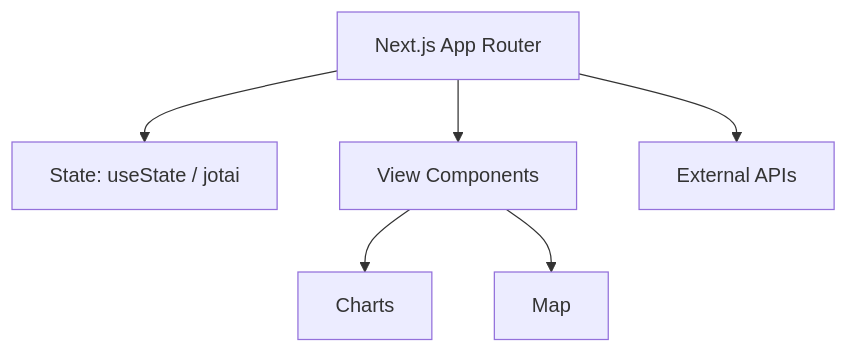
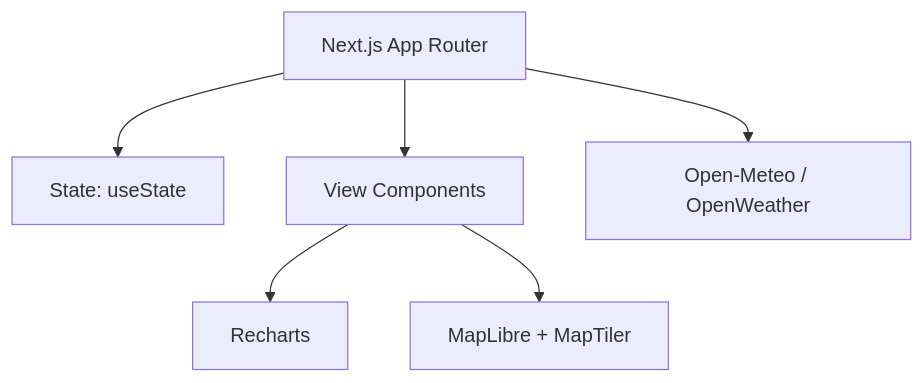
One commit to nemonsoon/city-observatory-web changed the third of 3 diagrams in README.md. Above: the diagram before and after it, drawn with Mermaid. The commit also changed other lines of this file and 4 other files, not shown here.

````diff
--- a/README.md
+++ b/README.md
@@ -41,8 +36,8 @@
 ```mermaid
 flowchart TB
-  UI[Next.js App Router] --> S[State: useState / jotai]
+  UI[Next.js App Router] --> S[State: useState]
   UI --> V[View Components]
-  V --> C[Charts]
-  V --> M[Map]
-  UI --> A[External APIs]
+  V --> C[Recharts]
+  V --> M[MapLibre + MapTiler]
+  UI --> A[Open-Meteo / OpenWeather]
 ```
````
